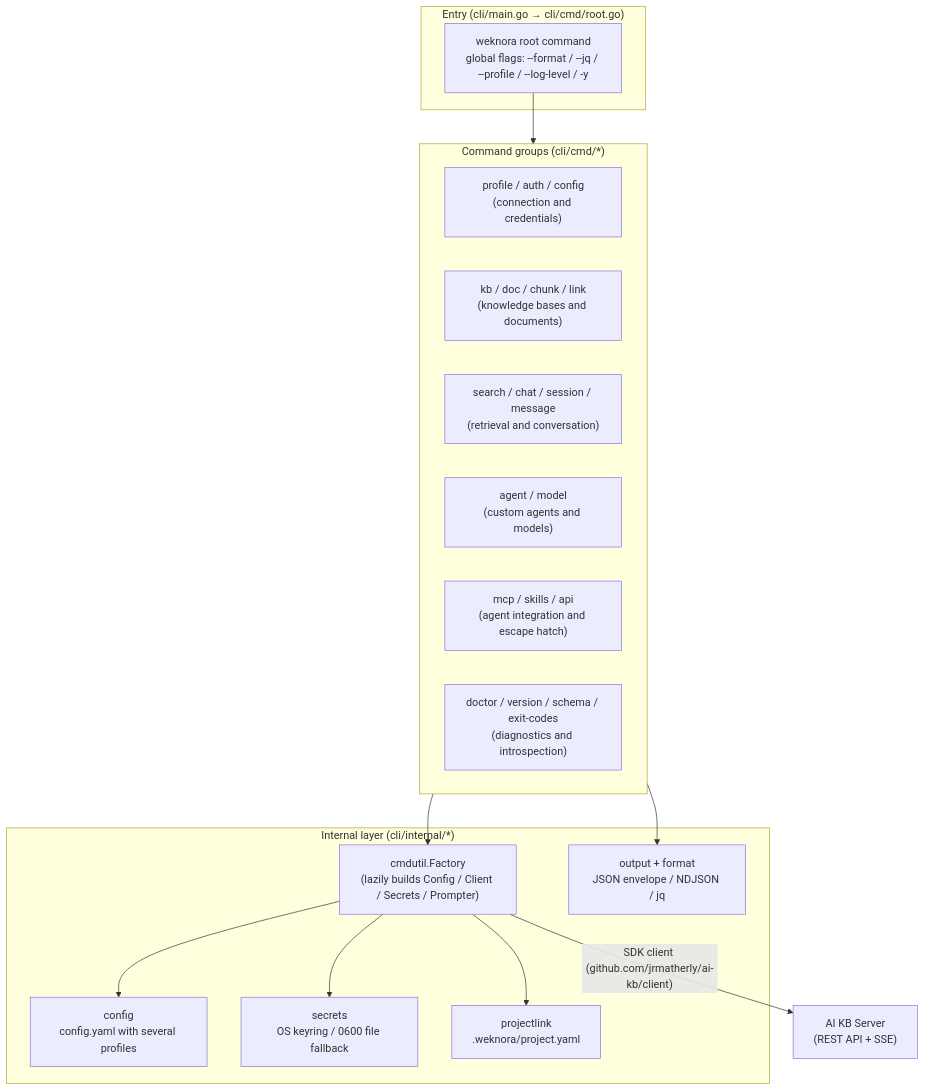
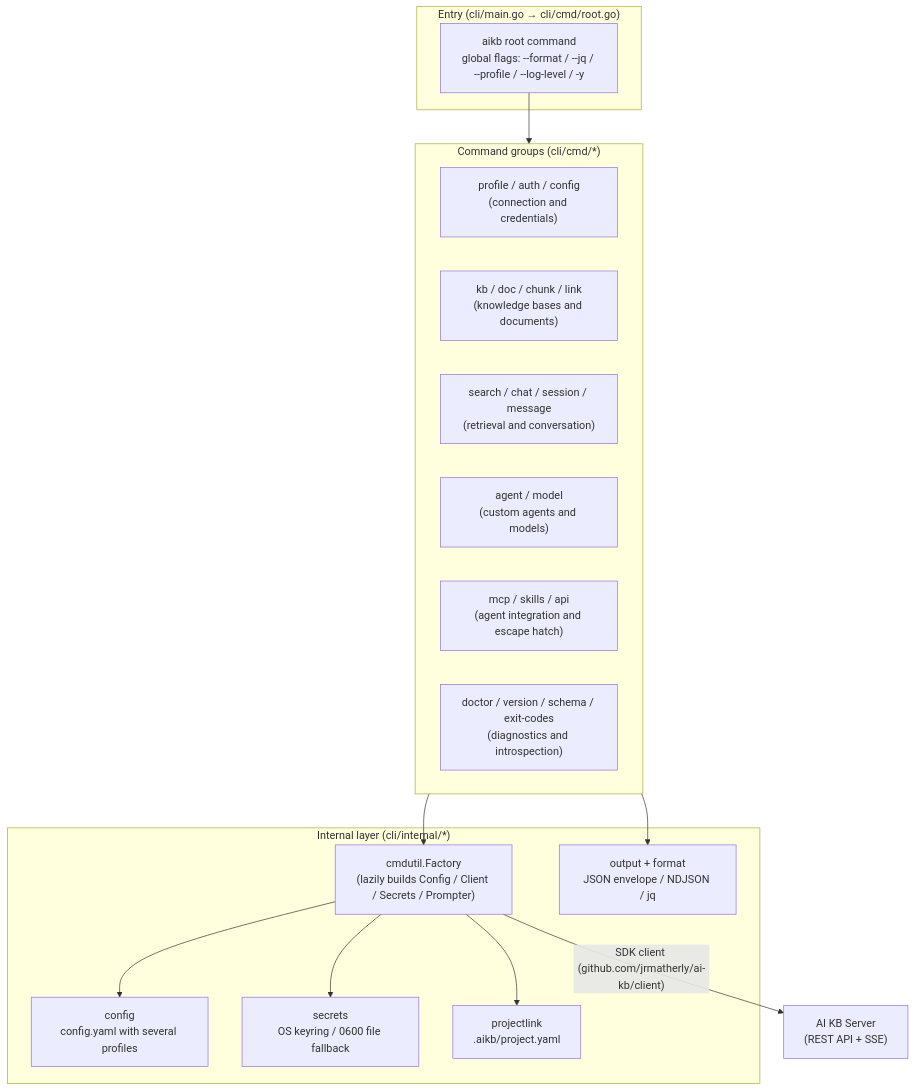
Before and after one commit to jrmatherly/ai-kb: the diagram in website-docs/05-clients/02-cli.md, drawn with Mermaid. The commit also changed other lines of this file and 592 other files, not shown here.

````diff
--- a/website-docs/05-clients/02-cli.md
+++ b/website-docs/05-clients/02-cli.md
@@ -24,33 +24,33 @@
 ```mermaid
 flowchart TB
     subgraph entry["Entry (cli/main.go → cli/cmd/root.go)"]
-        R["weknora root command<br/>global flags: --format / --jq / --profile / --log-level / -y"]
+        R["aikb root command<br/>global flags: --format / --jq / --profile / --log-level / -y"]
     end
 
     subgraph groups["Command groups (cli/cmd/*)"]
         G1["profile / auth / config<br/>(connection and credentials)"]
         G2["kb / doc / chunk / link<br/>(knowledge bases and documents)"]
         G3["search / chat / session / message<br/>(retrieval and conversation)"]
         G4["agent / model<br/>(custom agents and models)"]
         G5["mcp / skills / api<br/>(agent integration and escape hatch)"]
         G6["doctor / version / schema / exit-codes<br/>(diagnostics and introspection)"]
     end
 
     subgraph internal["Internal layer (cli/internal/*)"]
         F["cmdutil.Factory<br/>(lazily builds Config / Client / Secrets / Prompter)"]
         C["config<br/>config.yaml with several profiles"]
         S["secrets<br/>OS keyring / 0600 file fallback"]
-        P["projectlink<br/>.weknora/project.yaml"]
+        P["projectlink<br/>.aikb/project.yaml"]
         O["output + format<br/>JSON envelope / NDJSON / jq"]
     end
 
     SRV["AI KB Server<br/>(REST API + SSE)"]
 
     R --> groups
     groups --> F
     F --> C
     F --> S
     F --> P
     groups --> O
     F -->|"SDK client (github.com/jrmatherly/ai-kb/client)"| SRV
 ```
````
